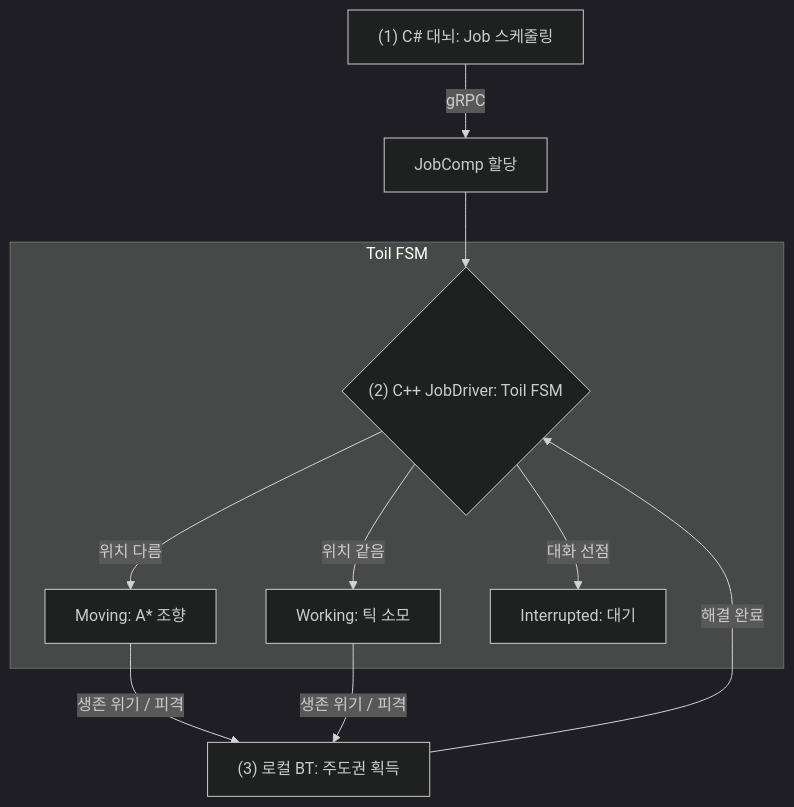
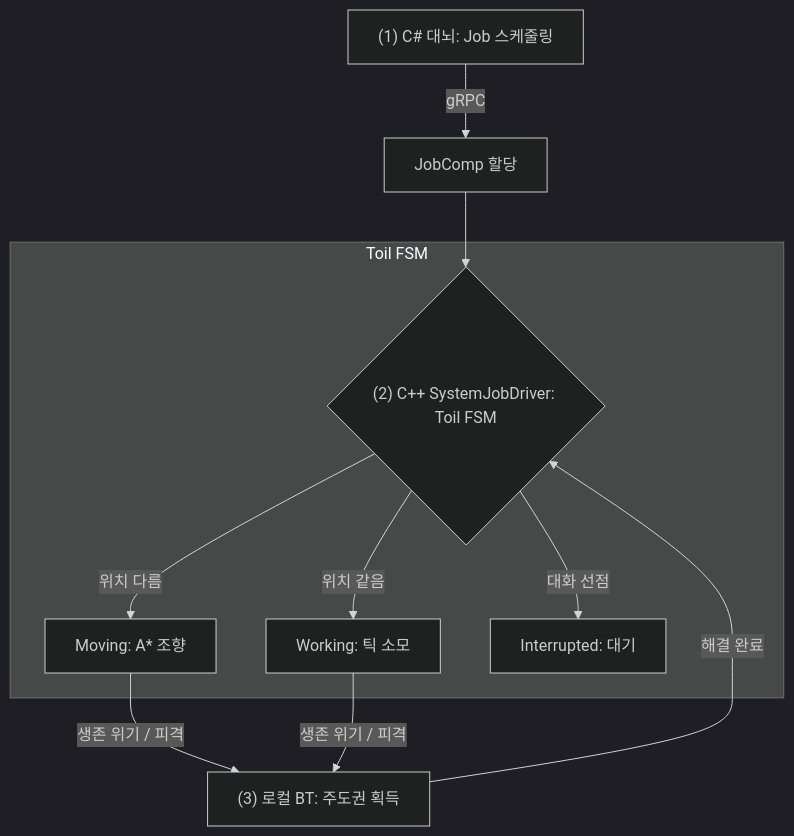
Before and after one commit to jin20203458/Obsidian.Agent: the second of 4 diagrams in MundusVivens/docs/02_agent_design.md, drawn with Mermaid (dark theme). The commit also changed other lines of this file, not shown here.

Commit message:
docs: restore precise C++/C# class names and method keywords in Mermaid diagrams

````diff
--- a/MundusVivens/docs/02_agent_design.md
+++ b/MundusVivens/docs/02_agent_design.md
@@ -53,15 +53,15 @@
 ```mermaid
 flowchart TD
     CS["(1) C# 대뇌: Job 스케줄링"] -->|"gRPC"| JobComp["JobComp 할당"]
-    JobComp --> Driver{"(2) C++ JobDriver: Toil FSM"}
+    JobComp --> Driver{"(2) C++ SystemJobDriver: Toil FSM"}
     
     subgraph TOIL_FSM ["Toil FSM"]
         Driver -->|"위치 다름"| Move["Moving: A* 조향"]
         Driver -->|"위치 같음"| Work["Working: 틱 소모"]
         Driver -->|"대화 선점"| Interrupted["Interrupted: 대기"]
     end
 
     Move -->|"생존 위기 / 피격"| BT["(3) 로컬 BT: 주도권 획득"]
     Work -->|"생존 위기 / 피격"| BT
     BT -->|"해결 완료"| Driver
 ```
````
